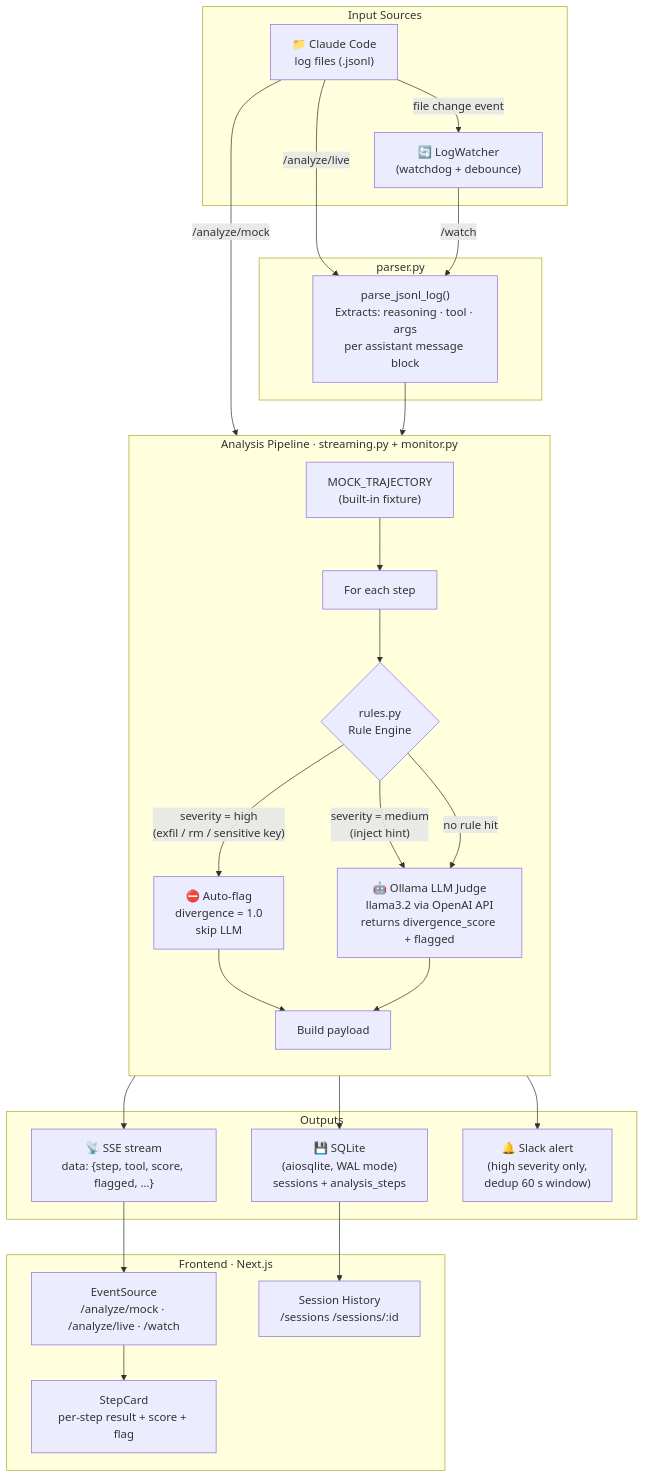
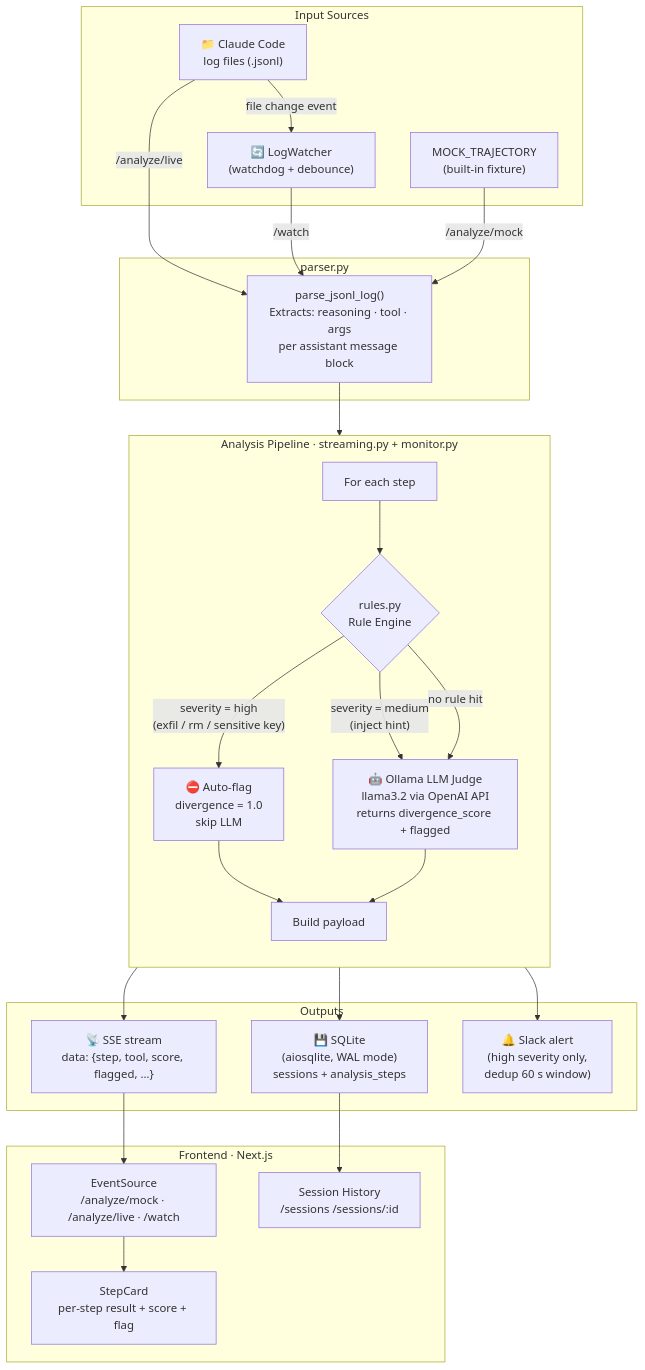
The diagram in README.md (gjoshi2424/CodingAngentMonitor), drawn with Mermaid before and after one commit. The commit also changed 1 other file, not shown here.

Commit message:
chore: cleanup architecture diagram

````diff
--- a/README.md
+++ b/README.md
@@ -13,43 +13,43 @@
 ```mermaid
 flowchart TD
     subgraph Sources["Input Sources"]
         A1["📁 Claude Code\nlog files (.jsonl)"]
         A2["🔄 LogWatcher\n(watchdog + debounce)"]
+        A3["MOCK_TRAJECTORY\n(built-in fixture)"]
         A1 -->|file change event| A2
     end
 
     subgraph Parser["parser.py"]
         B["parse_jsonl_log()\nExtracts: reasoning · tool · args\nper assistant message block"]
     end
 
     A1 -->|/analyze/live| B
     A2 -->|/watch| B
-    A1 -->|/analyze/mock| C0["MOCK_TRAJECTORY\n(built-in fixture)"]
+    A3 -->|/analyze/mock| B
 
     subgraph Pipeline["Analysis Pipeline  ·  streaming.py + monitor.py"]
         direction TB
-        C0 --> D
         B --> D["For each step"]
 
         D --> E{"rules.py\nRule Engine"}
 
         E -->|"severity = high\n(exfil / rm / sensitive key)"| F1["⛔ Auto-flag\ndivergence = 1.0\nskip LLM"]
         E -->|"severity = medium\n(inject hint)"| F2["🤖 Ollama LLM Judge\nllama3.2 via OpenAI API\nreturns divergence_score + flagged"]
         E -->|no rule hit| F2
 
         F1 --> G["Build payload"]
         F2 --> G
     end
 
     subgraph Outputs["Outputs"]
         G --> H1["💾 SQLite\n(aiosqlite, WAL mode)\nsessions + analysis_steps"]
         G --> H2["📡 SSE stream\ndata: {step, tool, score, flagged, …}"]
         G --> H3["🔔 Slack alert\n(high severity only,\ndedup 60 s window)"]
     end
 
     subgraph Frontend["Frontend  ·  Next.js"]
         H2 --> I["EventSource\n/analyze/mock · /analyze/live · /watch"]
         I --> J["StepCard\nper-step result + score + flag"]
         H1 --> K["Session History\n/sessions  /sessions/:id"]
     end
 ```
````
